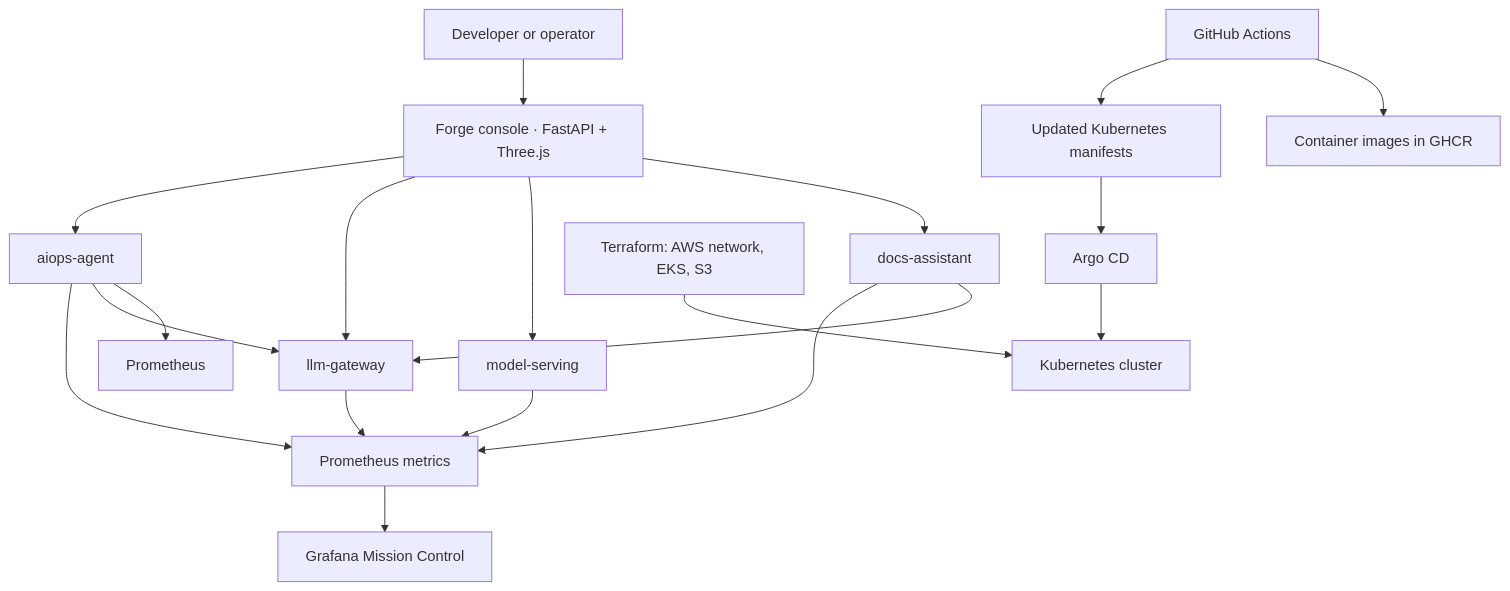
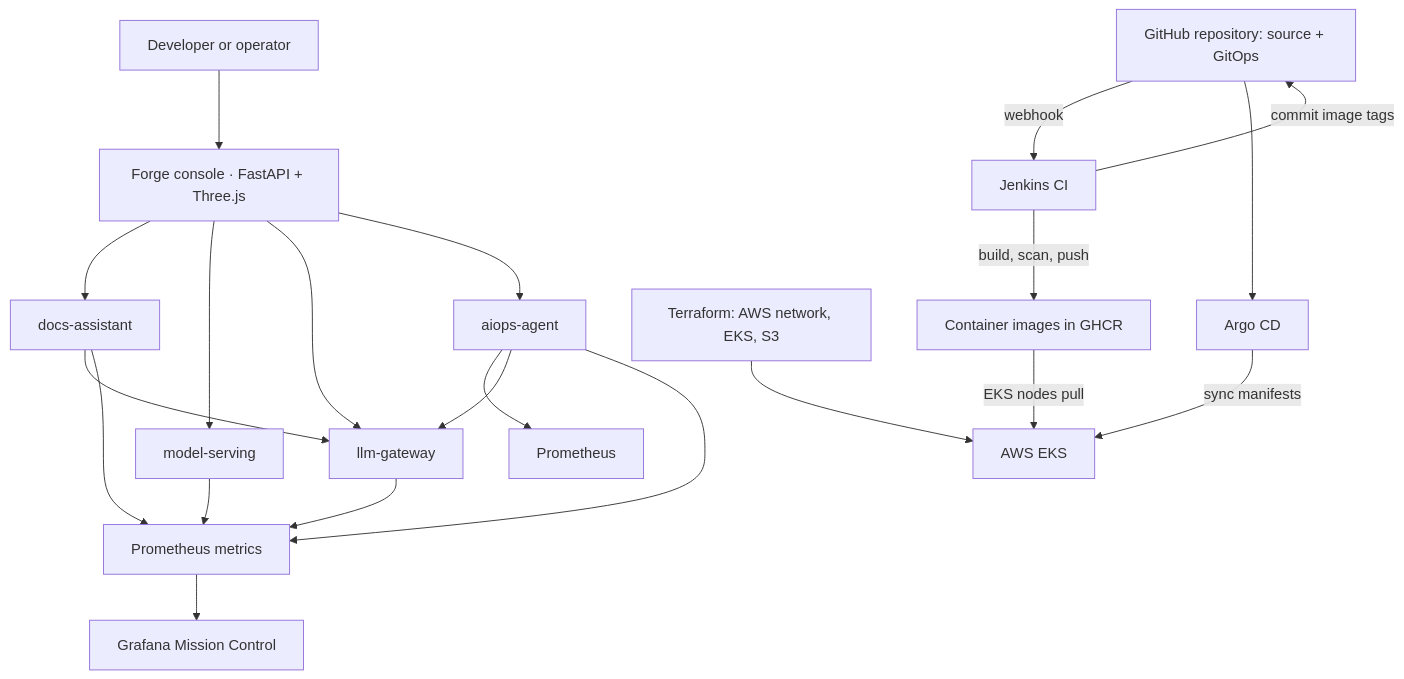
One commit to Ayush-Singh986/AI-Powered-Internal-Developer-Platform changed the diagram in README_INTERVIEW.md. Above: the diagram before and after it, drawn with Mermaid. The commit also changed other lines of this file and 1 other file, not shown here.

Commit message:
docs: clarify AWS EKS deployment target

````diff
--- a/README_INTERVIEW.md
+++ b/README_INTERVIEW.md
@@ -27,21 +27,23 @@
 ```mermaid
 flowchart TD
     Engineer[Developer or operator] --> Portal[Forge console · FastAPI + Three.js]
     Portal --> Docs[docs-assistant]
     Portal --> Model[model-serving]
     Portal --> Gateway[llm-gateway]
     Portal --> AIOps[aiops-agent]
     Docs --> Gateway
     AIOps --> Prometheus[Prometheus]
     AIOps --> Gateway
     Docs --> Metrics[Prometheus metrics]
     Model --> Metrics
     Gateway --> Metrics
     AIOps --> Metrics
     Metrics --> Grafana[Grafana Mission Control]
-    GitHub[GitHub Actions] --> Images[Container images in GHCR]
-    GitHub --> Manifests[Updated Kubernetes manifests]
-    Manifests --> ArgoCD[Argo CD]
-    ArgoCD --> Cluster[Kubernetes cluster]
+    Repo[GitHub repository: source + GitOps] -->|webhook| Jenkins[Jenkins CI]
+    Jenkins -->|build, scan, push| Images[Container images in GHCR]
+    Jenkins -->|commit image tags| Repo
+    Repo --> ArgoCD[Argo CD]
+    ArgoCD -->|sync manifests| Cluster[AWS EKS]
+    Images -->|EKS nodes pull| Cluster
     Terraform[Terraform: AWS network, EKS, S3] --> Cluster
 ```
````
